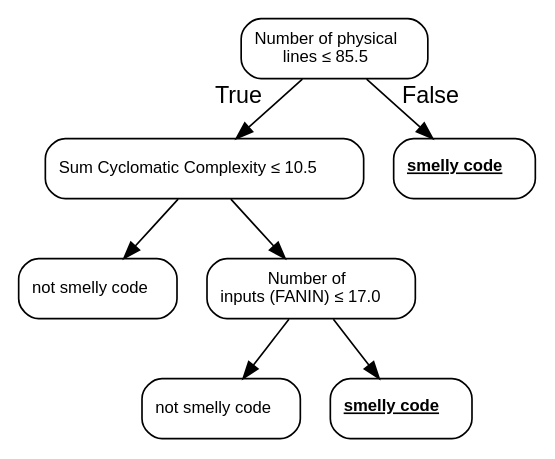
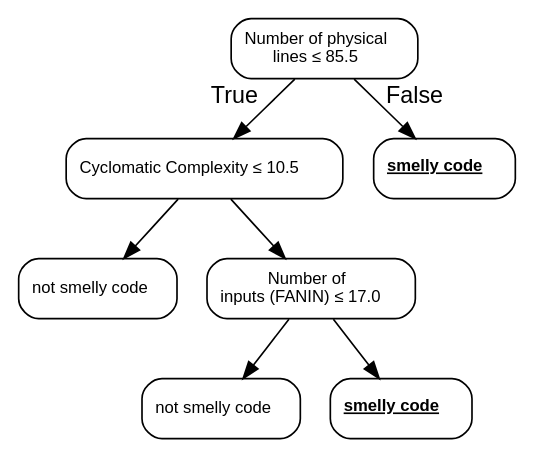
Before and after one commit to christianorossini/masterProject: the diagram in artefatos/models/dt/lm/dot/4_gini.dot, drawn with Graphviz. The commit also changed 74 other files, not shown here.

```diff
--- a/artefatos/models/dt/lm/dot/4_gini.dot
+++ b/artefatos/models/dt/lm/dot/4_gini.dot
@@ -1,17 +1,17 @@
 digraph Tree {
 node [color="black", fontname=helvetica, shape=box, style="rounded", width=0.5, fontsize=10];
 edge [fontname=helvetica];
 0 [label=<Number of physical<br/> lines &le; 85.5>];
-1 [label=<Sum Cyclomatic Complexity &le; 10.5>];
+1 [label=<Cyclomatic Complexity &le; 10.5>];
 0 -> 1  [headlabel="True", labelangle=45, labeldistance="2.5"];
 3 [label=<not smelly code>];
 1 -> 3;
 4 [label=<Number of<br/> inputs (FANIN) &le; 17.0>];
 1 -> 4;
 5 [label=<not smelly code>];
 4 -> 5;
 6 [label=<<u><b>smelly code</b></u>>];
 4 -> 6;
 2 [label=<<u><b>smelly code</b></u>>];
 0 -> 2  [headlabel="False", labelangle="-45", labeldistance="2.5"];
 }
```
